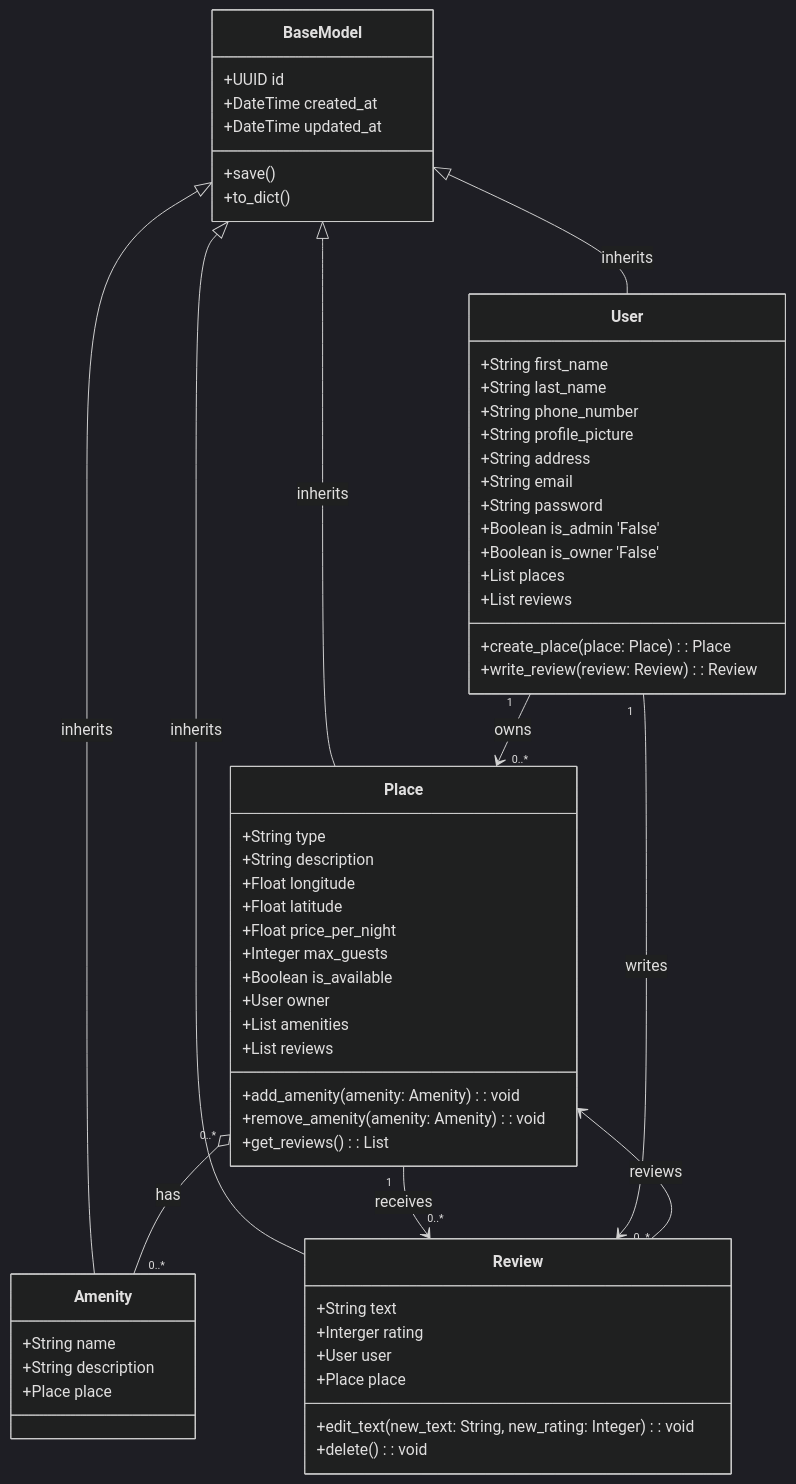
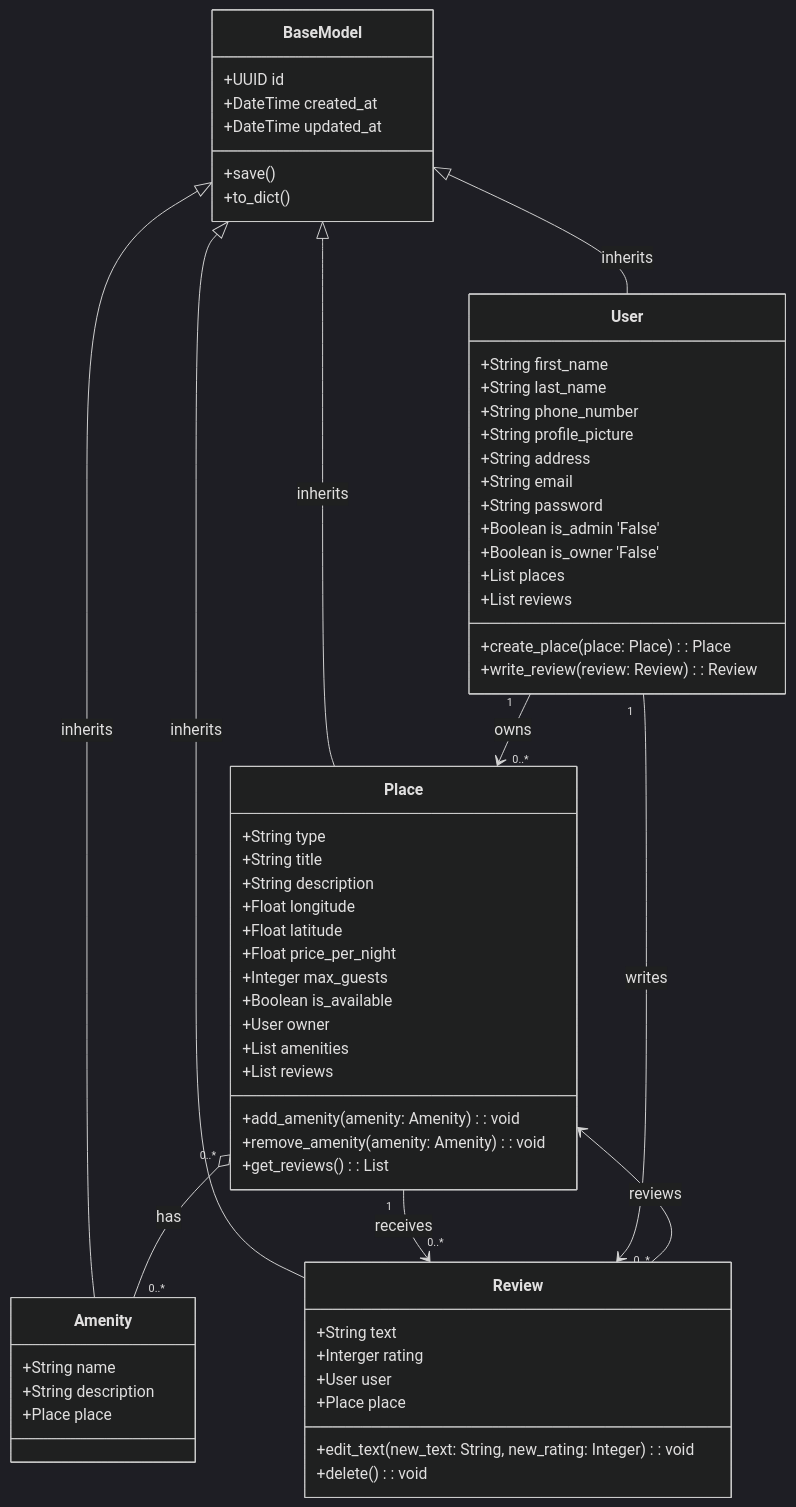
Before and after one commit to ItsZmainDev/holbertonschool-hbnb: the diagram in part1/Detailed Class Diagram for Business Logic Layer.mmd, drawn with Mermaid (dark theme).

Commit message:
Add title on place model

```diff
--- a/part1/Detailed Class Diagram for Business Logic Layer.mmd
+++ b/part1/Detailed Class Diagram for Business Logic Layer.mmd
@@ -1,68 +1,69 @@
 classDiagram
     class BaseModel {
         +UUID id
         +DateTime created_at
         +DateTime updated_at
         +save()
         +to_dict()
     }
 
     class User {
         +String first_name
         +String last_name
         +String phone_number
         +String profile_picture
         +String address
         +String email
         +String password
         +Boolean is_admin 'False'
         +Boolean is_owner 'False'
         +List<Place> places
         +List<Review> reviews
         +create_place(place: Place): Place
         +write_review(review: Review): Review
     }
 
     class Place {
         +String type
+        +String title
         +String description
         +Float longitude
         +Float latitude
         +Float price_per_night
         +Integer max_guests
         +Boolean is_available
         +User owner
         +List<Amenity> amenities
         +List<Review> reviews
         +add_amenity(amenity: Amenity): void
         +remove_amenity(amenity: Amenity): void
         +get_reviews(): List<Review>
     }
 
     class Amenity {
         +String name
         +String description
         +Place place
     }
 
     class Review {
         +String text
         +Interger rating
         +User user
         +Place place
         +edit_text(new_text: String, new_rating: Integer): void
         +delete(): void
     }
 
     %% Inheritance
     BaseModel <|-- User : inherits
     BaseModel <|-- Place : inherits
     BaseModel <|-- Amenity : inherits
     BaseModel <|-- Review : inherits
 
     %% Relationships
     User "1" --> "0..*" Place : owns
     Place "0..*" o-- "0..*" Amenity : has
     Place "1" --> "0..*" Review : receives
     User "1" --> "0..*" Review : writes
     Review --> Place: reviews
```
